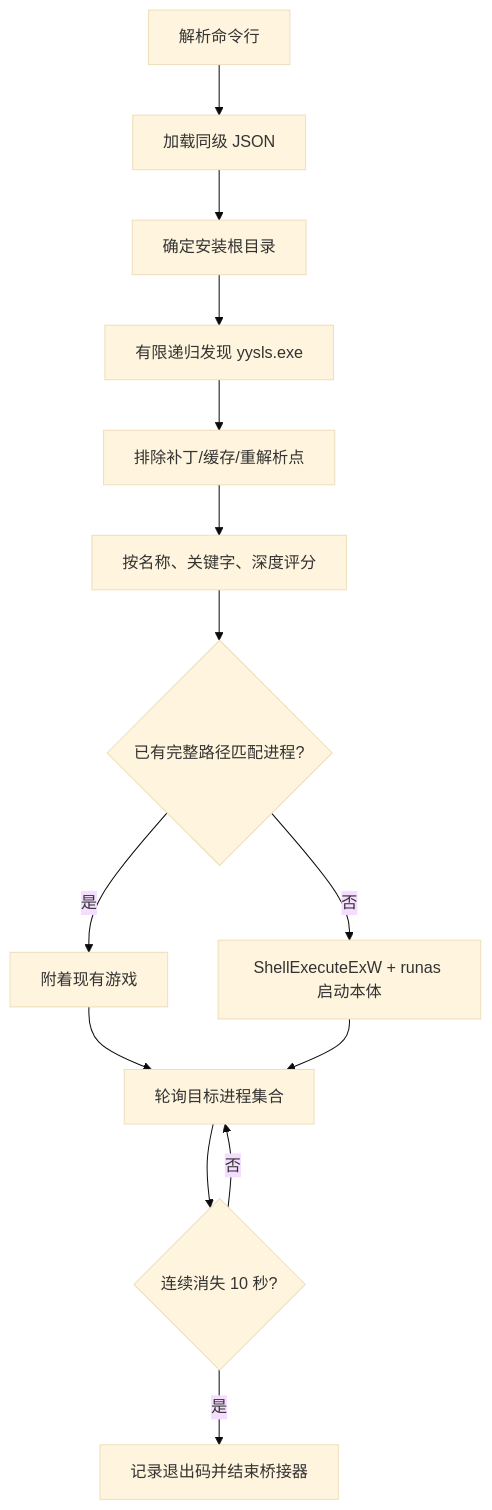
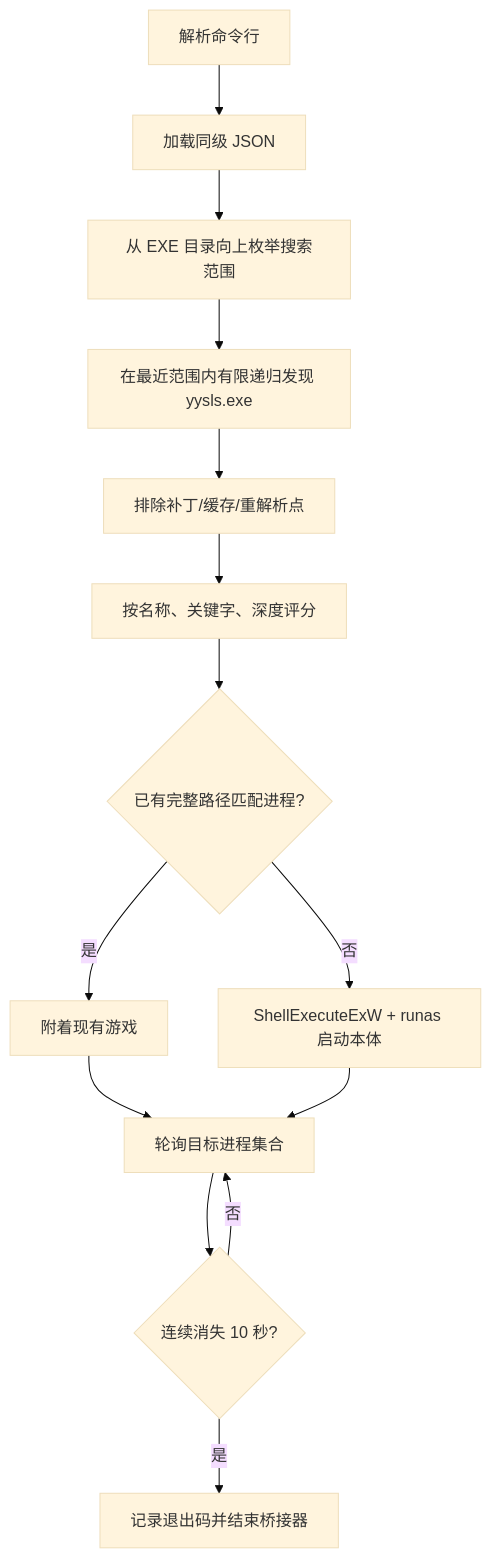
Before and after one commit to Clearlove0923/GameLaunchBridges: the first of 2 diagrams in docs/WhereWindsMeetLaunchBridge.md, drawn with Mermaid (base theme). The commit also changed other lines of this file and 5 other files, not shown here.

````diff
--- a/docs/WhereWindsMeetLaunchBridge.md
+++ b/docs/WhereWindsMeetLaunchBridge.md
@@ -25,16 +27,16 @@
 ```mermaid
 flowchart TD
     A[解析命令行] --> B[加载同级 JSON]
-    B --> C[确定安装根目录]
-    C --> D[有限递归发现 yysls.exe]
+    B --> C[从 EXE 目录向上枚举搜索范围]
+    C --> D[在最近范围内有限递归发现 yysls.exe]
     D --> E[排除补丁/缓存/重解析点]
     E --> F[按名称、关键字、深度评分]
     F --> G{已有完整路径匹配进程?}
     G -- 是 --> H[附着现有游戏]
     G -- 否 --> I[ShellExecuteExW + runas 启动本体]
     H --> J[轮询目标进程集合]
     I --> J
     J --> K{连续消失 10 秒?}
     K -- 否 --> J
     K -- 是 --> L[记录退出码并结束桥接器]
 ```
````
